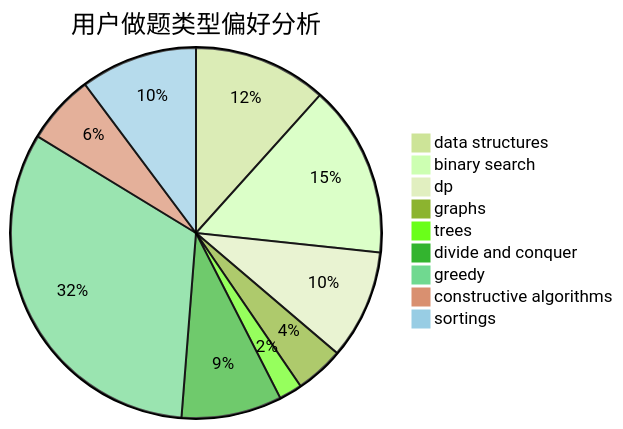
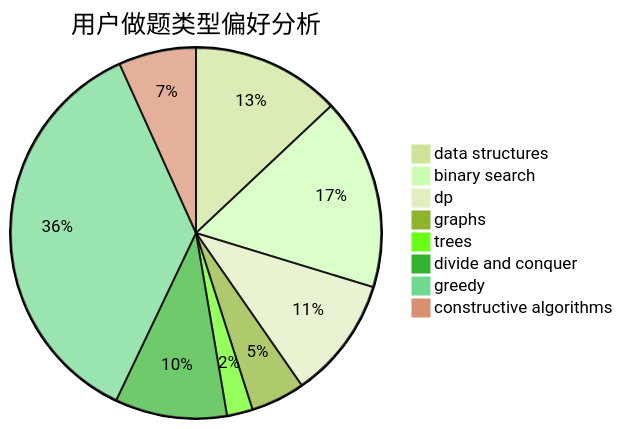
Before and after one commit to sherpahu/cfrs.github.io: the second of 3 diagrams in docs/user/u2669.md, drawn with Mermaid (forest theme). The commit also changed other lines of this file and 2769 other files, not shown here.

````diff
--- a/docs/user/u2669.md
+++ b/docs/user/u2669.md
@@ -18,12 +18,11 @@
 ```mermaid
 pie title 用户做题类型偏好分析
     "data structures" :  121
     "binary search" :  156
     "dp" :  99
     "graphs" :  44
     "trees" :  21
     "divide and conquer" :  91
     "greedy" :  337
     "constructive algorithms" :  63
-    "sortings" :  106
 ```
````
